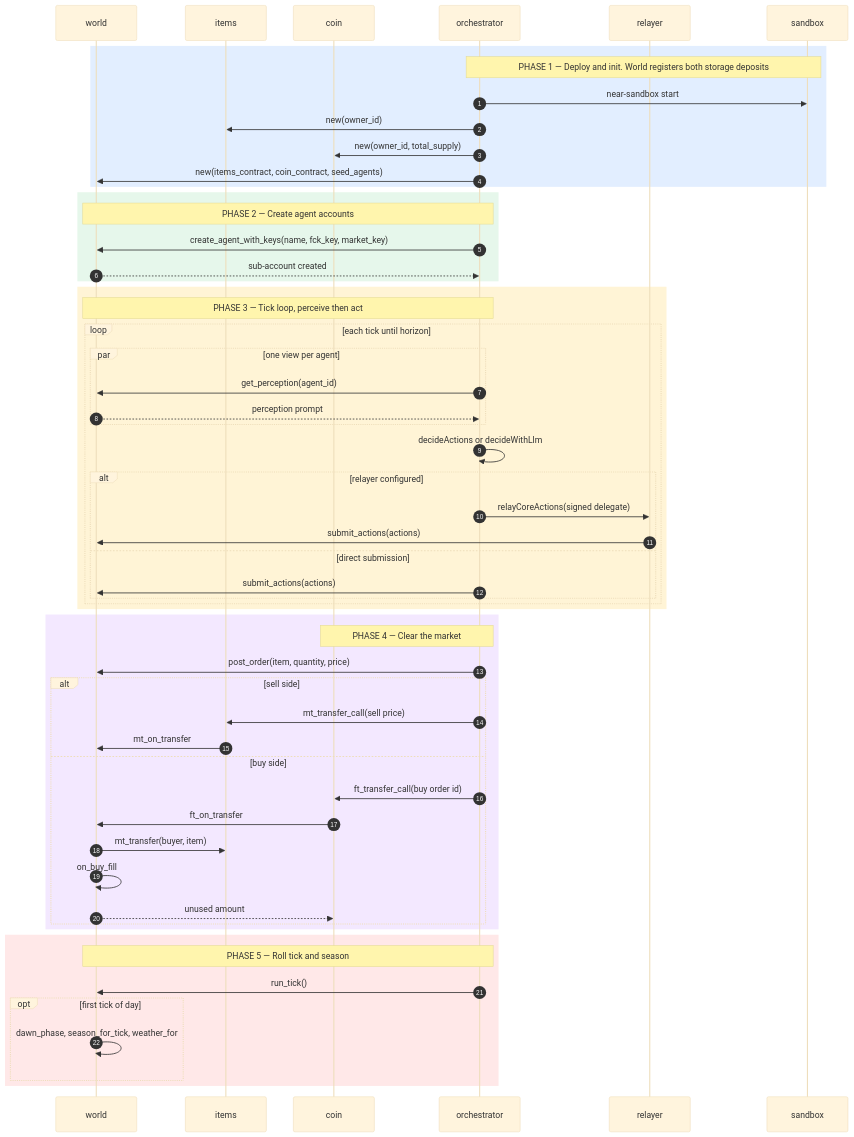
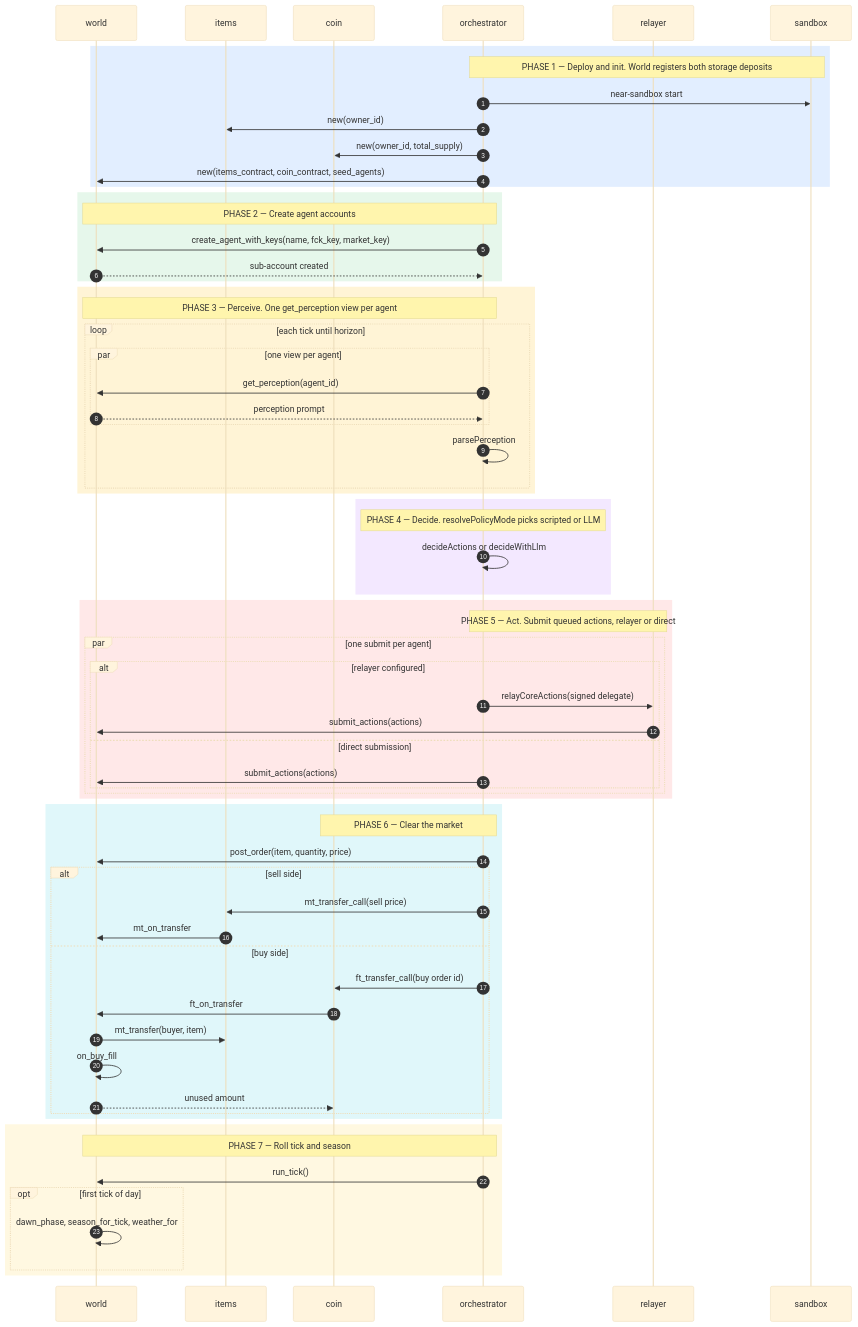
Before and after one commit to skthnr/village-economy-agents: the diagram in README.md, drawn with Mermaid.

Commit message:
docs(eidolon): expand diagram to 7 phases

````diff
--- a/README.md
+++ b/README.md
@@ -5,60 +5,69 @@
 ```mermaid
 %%{init: {"theme":"base","themeVariables":{"fontSize":"1em"}}}%%
 sequenceDiagram
     autonumber
     participant W as world
     participant I as items
     participant K as coin
     participant O as orchestrator
     participant R as relayer
     participant S as sandbox
     rect rgb(226,238,255)
     Note over O,S: PHASE 1 — Deploy and init. World registers both storage deposits
     O->>S: near-sandbox start
     O->>I: new(owner_id)
     O->>K: new(owner_id, total_supply)
     O->>W: new(items_contract, coin_contract, seed_agents)
     end
     rect rgb(230,247,235)
     Note over O,W: PHASE 2 — Create agent accounts
     O->>W: create_agent_with_keys(name, fck_key, market_key)
     W-->>O: sub-account created
     end
     rect rgb(255,244,214)
-    Note over O,W: PHASE 3 — Tick loop, perceive then act
+    Note over O,W: PHASE 3 — Perceive. One get_perception view per agent
     loop each tick until horizon
     par one view per agent
     O->>W: get_perception(agent_id)
     W-->>O: perception prompt
     end
+    O->>O: parsePerception
+    end
+    end
+    rect rgb(243,232,255)
+    Note over O: PHASE 4 — Decide. resolvePolicyMode picks scripted or LLM
     O->>O: decideActions or decideWithLlm
+    end
+    rect rgb(255,232,232)
+    Note over O,R: PHASE 5 — Act. Submit queued actions, relayer or direct
+    par one submit per agent
     alt relayer configured
     O->>R: relayCoreActions(signed delegate)
     R->>W: submit_actions(actions)
     else direct submission
     O->>W: submit_actions(actions)
     end
     end
     end
-    rect rgb(243,232,255)
-    Note over O,K: PHASE 4 — Clear the market
+    rect rgb(224,247,250)
+    Note over O,K: PHASE 6 — Clear the market
     O->>W: post_order(item, quantity, price)
     alt sell side
     O->>I: mt_transfer_call(sell price)
     I->>W: mt_on_transfer
     else buy side
     O->>K: ft_transfer_call(buy order id)
     K->>W: ft_on_transfer
     W->>I: mt_transfer(buyer, item)
     W->>W: on_buy_fill
     W-->>K: unused amount
     end
     end
-    rect rgb(255,232,232)
-    Note over O,W: PHASE 5 — Roll tick and season
+    rect rgb(255,248,225)
+    Note over O,W: PHASE 7 — Roll tick and season
     O->>W: run_tick()
     opt first tick of day
     W->>W: dawn_phase, season_for_tick, weather_for
     end
     end
 ```
````
